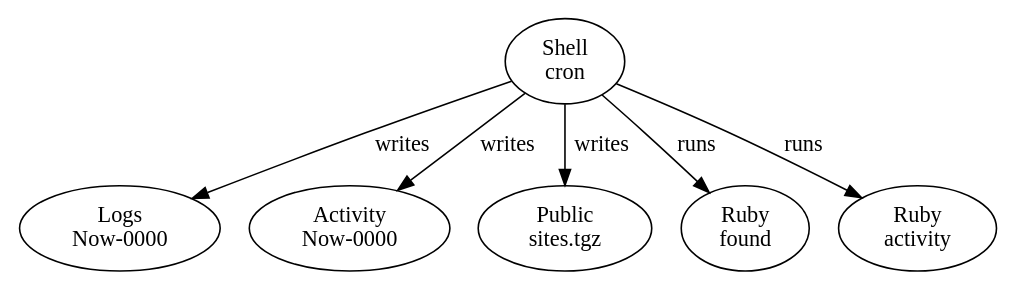
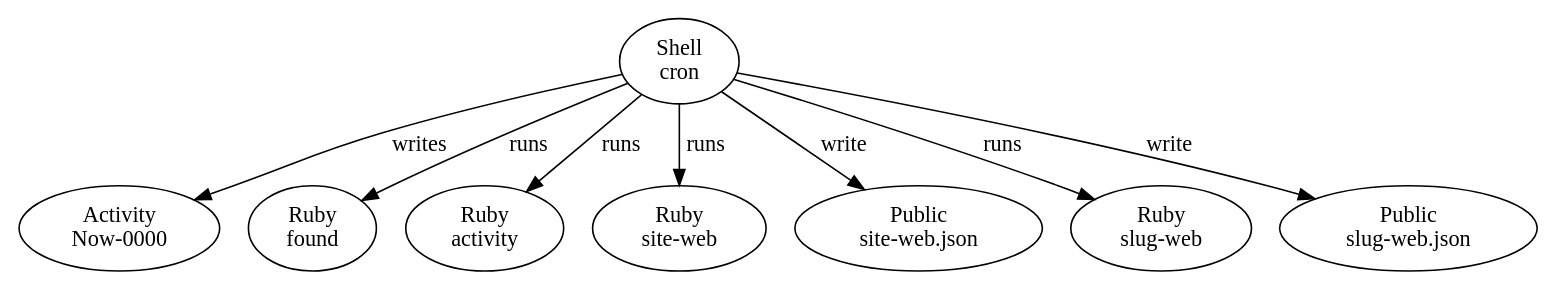
The diagram in graphs/Status.dot (WardCunningham/search), drawn with Graphviz before and after one commit. The commit also changed 4 other files, not shown here.

Commit message:
Automatic Graph Update

```diff
--- a/graphs/Status.dot
+++ b/graphs/Status.dot
@@ -1,13 +1,17 @@
 digraph {
 0 [label="Shell\ncron"]
-1 [label="Logs\nNow-0000"]
-2 [label="Activity\nNow-0000"]
-3 [label="Public\nsites.tgz"]
-4 [label="Ruby\nfound"]
-5 [label="Ruby\nactivity"]
+1 [label="Activity\nNow-0000"]
+2 [label="Ruby\nfound"]
+3 [label="Ruby\nactivity"]
+4 [label="Ruby\nsite-web"]
+5 [label="Public\nsite-web.json"]
+6 [label="Ruby\nslug-web"]
+7 [label="Public\nslug-web.json"]
 0 -> 1 [label="writes"]
-0 -> 2 [label="writes"]
-0 -> 3 [label="writes"]
+0 -> 2 [label="runs"]
+0 -> 3 [label="runs"]
 0 -> 4 [label="runs"]
-0 -> 5 [label="runs"]
+0 -> 5 [label="write"]
+0 -> 6 [label="runs"]
+0 -> 7 [label="write"]
 }
```
